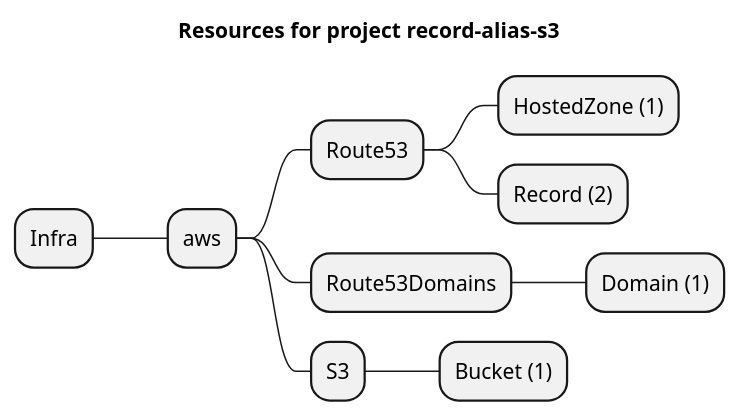
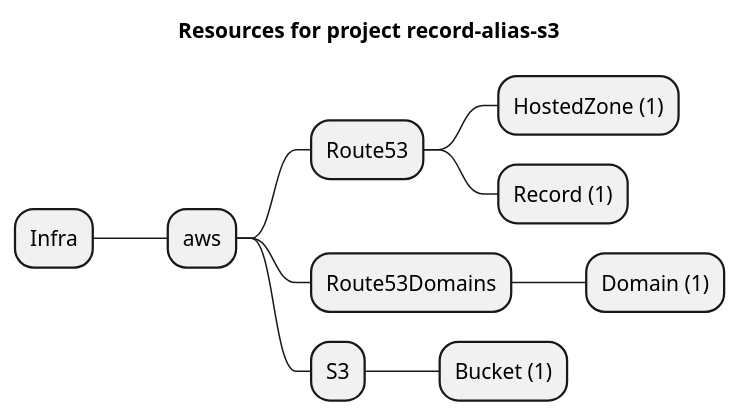
One commit to grucloud/grucloud changed the diagram in examples/aws/Route53/record-alias-s3/artifacts/resources-mindmap.puml. Above: the diagram before and after it, drawn with PlantUML. The commit also changed 104 other files, not shown here.

```diff
--- a/examples/aws/Route53/record-alias-s3/artifacts/resources-mindmap.puml
+++ b/examples/aws/Route53/record-alias-s3/artifacts/resources-mindmap.puml
@@ -1,13 +1,13 @@
 @startmindmap
 title Resources for project record-alias-s3
 skinparam monochrome true
 + Infra
 ++ aws
 +++ Route53
 ++++ HostedZone (1)
-++++ Record (2)
+++++ Record (1)
 +++ Route53Domains
 ++++ Domain (1)
 +++ S3
 ++++ Bucket (1)
 @endmindmap
```
